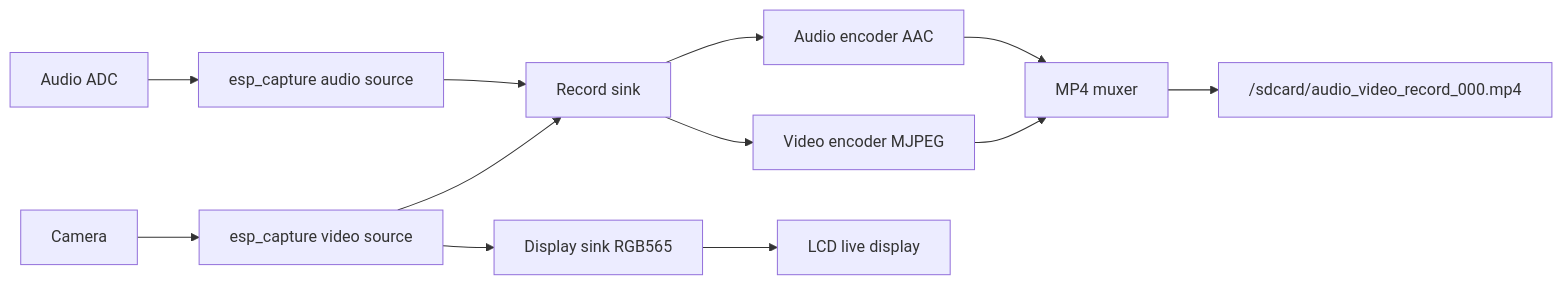
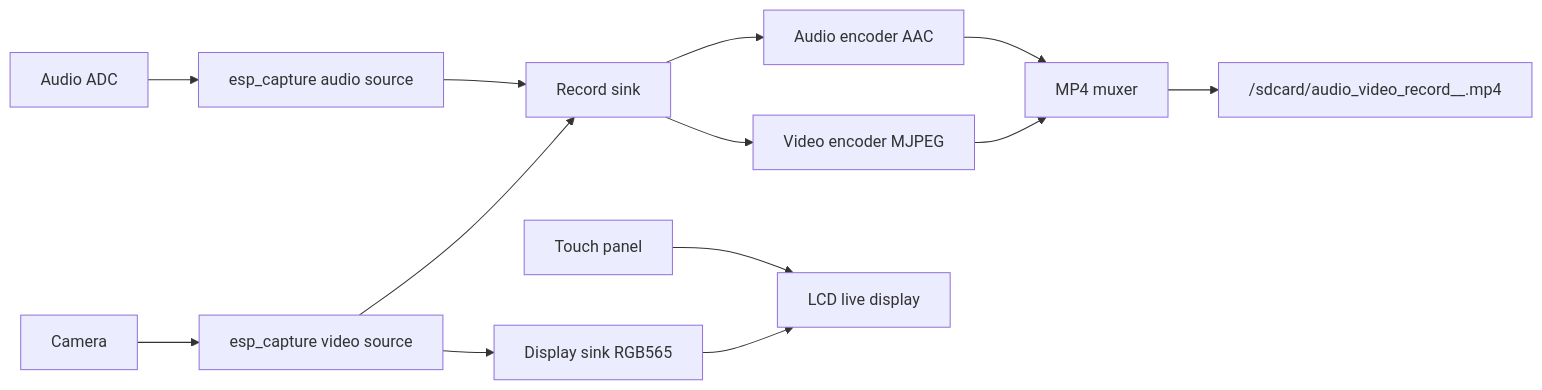
Before and after one commit to espressif/esp-adf: the diagram in adf_examples/recorder/av_record_live_display/README.md, drawn with Mermaid. The commit also changed other lines of this file and 22 other files, not shown here.

````diff
--- a/adf_examples/recorder/av_record_live_display/README.md
+++ b/adf_examples/recorder/av_record_live_display/README.md
@@ -22,14 +20,15 @@
 ```mermaid
 flowchart LR
   CAM[Camera] --> VSRC[esp_capture video source]
   MIC[Audio ADC] --> ASRC[esp_capture audio source]
   VSRC --> REC[Record sink]
   ASRC --> REC
   VSRC --> DISP[Display sink RGB565]
   REC --> VENC[Video encoder MJPEG]
   REC --> AENC[Audio encoder AAC]
   VENC --> MUX[MP4 muxer]
   AENC --> MUX
-  MUX --> SD["/sdcard/audio_video_record_000.mp4"]
+  MUX --> SD["/sdcard/audio_video_record_<session>_<slice>.mp4"]
   DISP --> LCD[LCD live display]
+  TOUCH[Touch panel] --> LCD
 ```
````
